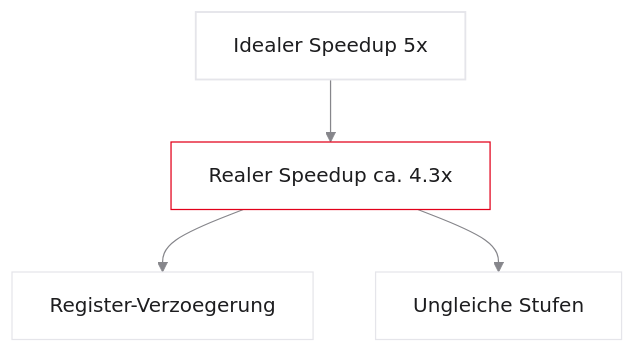
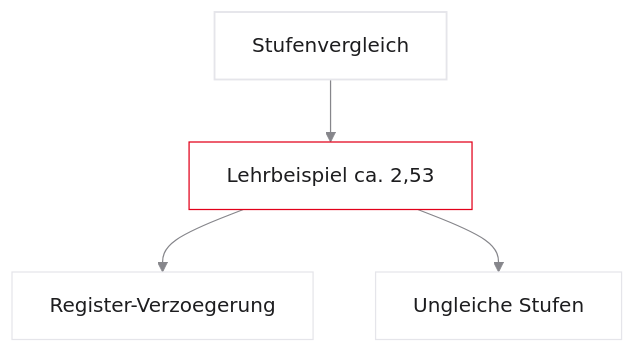
One commit to dantschi/mct1 changed the eighth of 21 diagrams in vorlesungen/07_performance-pipelining.qmd. Above: the diagram before and after it, drawn with Mermaid. The commit also changed other lines of this file and 49 other files, not shown here.

````diff
--- a/vorlesungen/07_performance-pipelining.qmd
+++ b/vorlesungen/07_performance-pipelining.qmd
@@ -439,11 +439,11 @@
 ```{mermaid}
 %%| fig-width: 4.0
 %%{init: {'theme': 'base', 'themeVariables': {'background': '#FFFFFF', 'primaryColor': '#FFFFFF', 'primaryBorderColor': '#E5E5EA', 'primaryTextColor': '#1D1D1F', 'lineColor': '#86868B', 'secondaryColor': '#F5F5F7', 'tertiaryColor': '#FFFFFF', 'mainBkg': '#FFFFFF', 'nodeBorder': '#E5E5EA', 'clusterBkg': '#F5F5F7', 'clusterBorder': '#E5E5EA', 'titleColor': '#1D1D1F', 'edgeLabelBackground': '#FFFFFF'}}}%%
 
 graph TD
-  Ideal[Idealer Speedup 5x] --> Real[Realer Speedup ca. 4.3x]
+  Ideal[Stufenvergleich] --> Real[Lehrbeispiel ca. 2,53]
   Real --> G1[Register-Verzoegerung]
   Real --> G2[Ungleiche Stufen]
   style Real fill:#FFFFFF,stroke:#E2001A,stroke-width:2px !important
   style Ideal fill:#FFFFFF,stroke:#E5E5EA,stroke-width:1.5px
 ```
````
